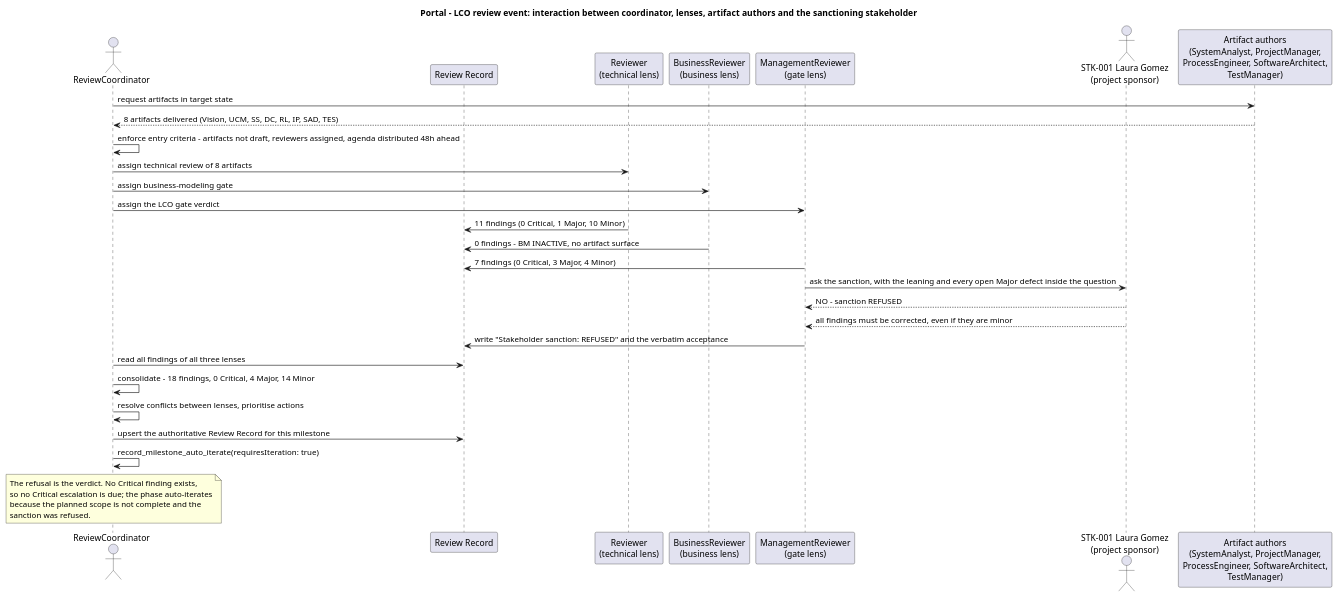
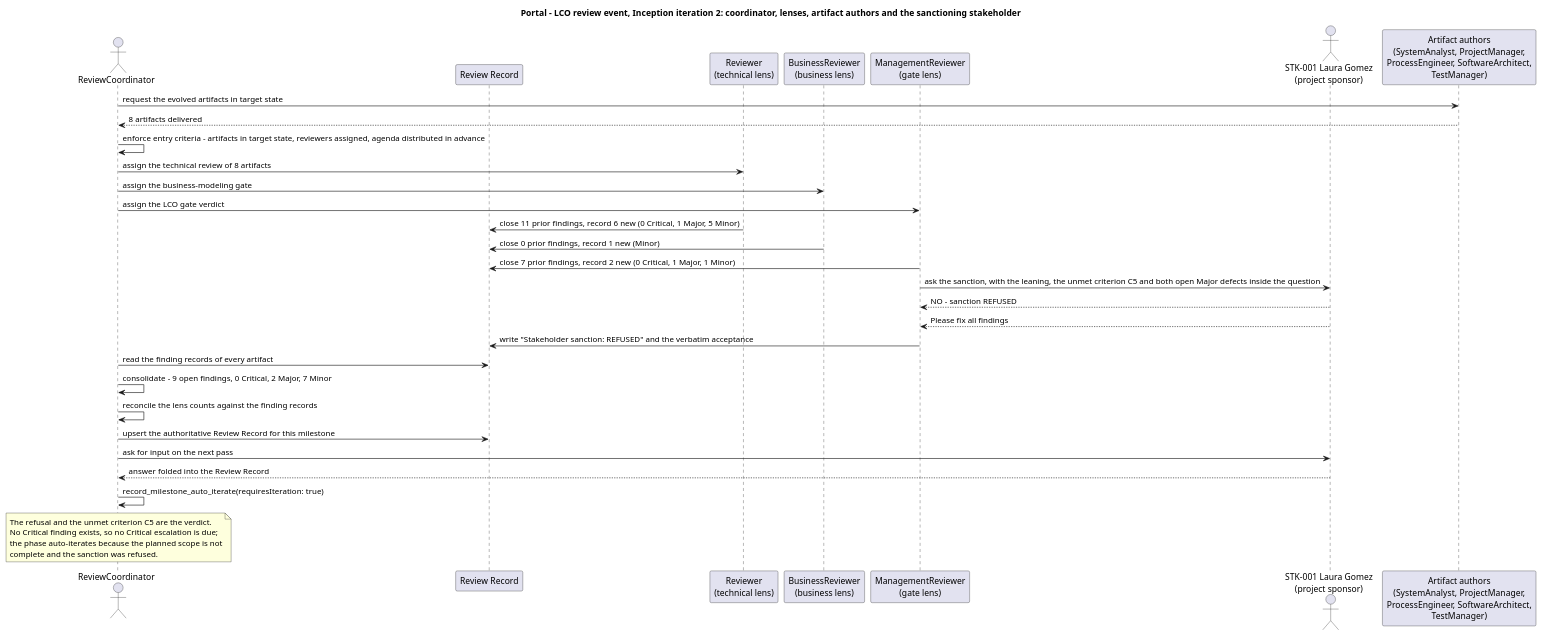
Before and after one commit to banense-test/portal: diagram 34 of 34 in docs/artifacts/project-management/review-record.md, drawn with PlantUML. The commit also changed other lines of this file, not shown here.

First line of the commit message:
Review Coordinator [I2]: upsert Review Record

````diff
--- a/docs/artifacts/project-management/review-record.md
+++ b/docs/artifacts/project-management/review-record.md
@@ -2828,37 +2914,39 @@
 ```plantuml
-@startuml RC_ReviewEventSequence
-title Portal - LCO review event: interaction between coordinator, lenses, artifact authors and the sanctioning stakeholder
+@startuml RC2_ReviewEventSequence
+title Portal - LCO review event, Inception iteration 2: coordinator, lenses, artifact authors and the sanctioning stakeholder
 actor "ReviewCoordinator" as RC
 participant "Review Record" as RR
 participant "Reviewer\n(technical lens)" as REV
 participant "BusinessReviewer\n(business lens)" as BR
 participant "ManagementReviewer\n(gate lens)" as MR
 actor "STK-001 Laura Gomez\n(project sponsor)" as STK
 participant "Artifact authors\n(SystemAnalyst, ProjectManager,\nProcessEngineer, SoftwareArchitect,\nTestManager)" as AUTH
 
-RC -> AUTH : request artifacts in target state
-AUTH --> RC : 8 artifacts delivered (Vision, UCM, SS, DC, RL, IP, SAD, TES)
-RC -> RC : enforce entry criteria - artifacts not draft, reviewers assigned, agenda distributed 48h ahead
-RC -> REV : assign technical review of 8 artifacts
-RC -> BR : assign business-modeling gate
+RC -> AUTH : request the evolved artifacts in target state
+AUTH --> RC : 8 artifacts delivered
+RC -> RC : enforce entry criteria - artifacts in target state, reviewers assigned, agenda distributed in advance
+RC -> REV : assign the technical review of 8 artifacts
+RC -> BR : assign the business-modeling gate
 RC -> MR : assign the LCO gate verdict
-REV -> RR : 11 findings (0 Critical, 1 Major, 10 Minor)
-BR -> RR : 0 findings - BM INACTIVE, no artifact surface
-MR -> RR : 7 findings (0 Critical, 3 Major, 4 Minor)
-MR -> STK : ask the sanction, with the leaning and every open Major defect inside the question
+REV -> RR : close 11 prior findings, record 6 new (0 Critical, 1 Major, 5 Minor)
+BR -> RR : close 0 prior findings, record 1 new (Minor)
+MR -> RR : close 7 prior findings, record 2 new (0 Critical, 1 Major, 1 Minor)
+MR -> STK : ask the sanction, with the leaning, the unmet criterion C5 and both open Major defects inside the question
 STK --> MR : NO - sanction REFUSED
-STK --> MR : all findings must be corrected, even if they are minor
+STK --> MR : Please fix all findings
 MR -> RR : write "Stakeholder sanction: REFUSED" and the verbatim acceptance
-RC -> RR : read all findings of all three lenses
-RC -> RC : consolidate - 18 findings, 0 Critical, 4 Major, 14 Minor
-RC -> RC : resolve conflicts between lenses, prioritise actions
+RC -> RR : read the finding records of every artifact
+RC -> RC : consolidate - 9 open findings, 0 Critical, 2 Major, 7 Minor
+RC -> RC : reconcile the lens counts against the finding records
 RC -> RR : upsert the authoritative Review Record for this milestone
+RC -> STK : ask for input on the next pass
+STK --> RC : answer folded into the Review Record
 RC -> RC : record_milestone_auto_iterate(requiresIteration: true)
 note over RC
-  The refusal is the verdict. No Critical finding exists,
-  so no Critical escalation is due; the phase auto-iterates
-  because the planned scope is not complete and the
-  sanction was refused.
+  The refusal and the unmet criterion C5 are the verdict.
+  No Critical finding exists, so no Critical escalation is due;
+  the phase auto-iterates because the planned scope is not
+  complete and the sanction was refused.
 end note
 @enduml
 ```
````
